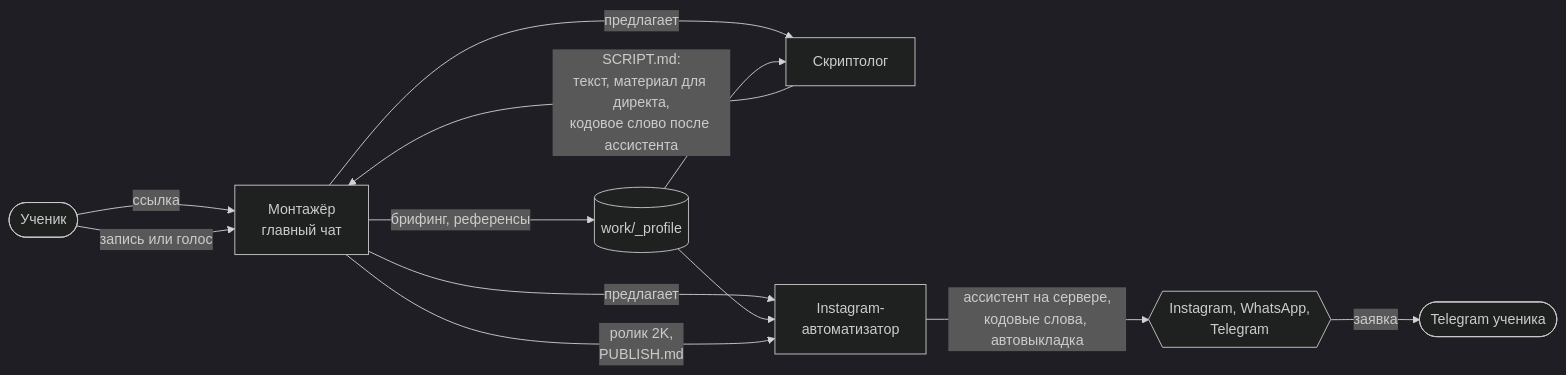
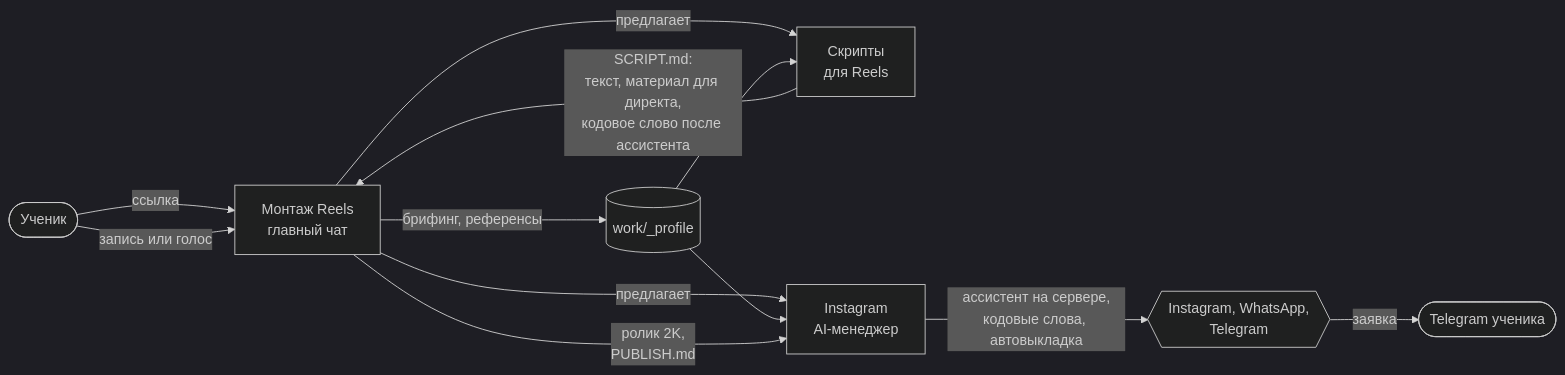
One commit to saint4ai/reels-montage-remotion-course changed the diagram in docs/SCENARIO.md. Above: the diagram before and after it, drawn with Mermaid (dark theme). The commit also changed other lines of this file and 55 other files, not shown here.

````diff
--- a/docs/SCENARIO.md
+++ b/docs/SCENARIO.md
@@ -8,14 +8,14 @@
 ```mermaid
 flowchart LR
-  U([Ученик]) -- ссылка --> M[Монтажёр<br/>главный чат]
+  U([Ученик]) -- ссылка --> M["Монтаж Reels<br/>главный чат"]
   M -- брифинг, референсы --> P[(work/_profile)]
-  M -- предлагает --> S[Скриптолог]
-  M -- предлагает --> A[Instagram-<br/>автоматизатор]
+  M -- предлагает --> S["Скрипты<br/>для Reels"]
+  M -- предлагает --> A["Instagram<br/>AI-менеджер"]
   P --> S
   P --> A
   S -- SCRIPT.md:<br/>текст, материал для директа,<br/>кодовое слово после ассистента --> M
   U -- запись или голос --> M
   M -- ролик 2K,<br/>PUBLISH.md --> A
   A -- ассистент на сервере,<br/>кодовые слова, автовыкладка --> IG{{Instagram, WhatsApp,<br/>Telegram}}
   IG -- заявка --> TG([Telegram ученика])
 ```
````
